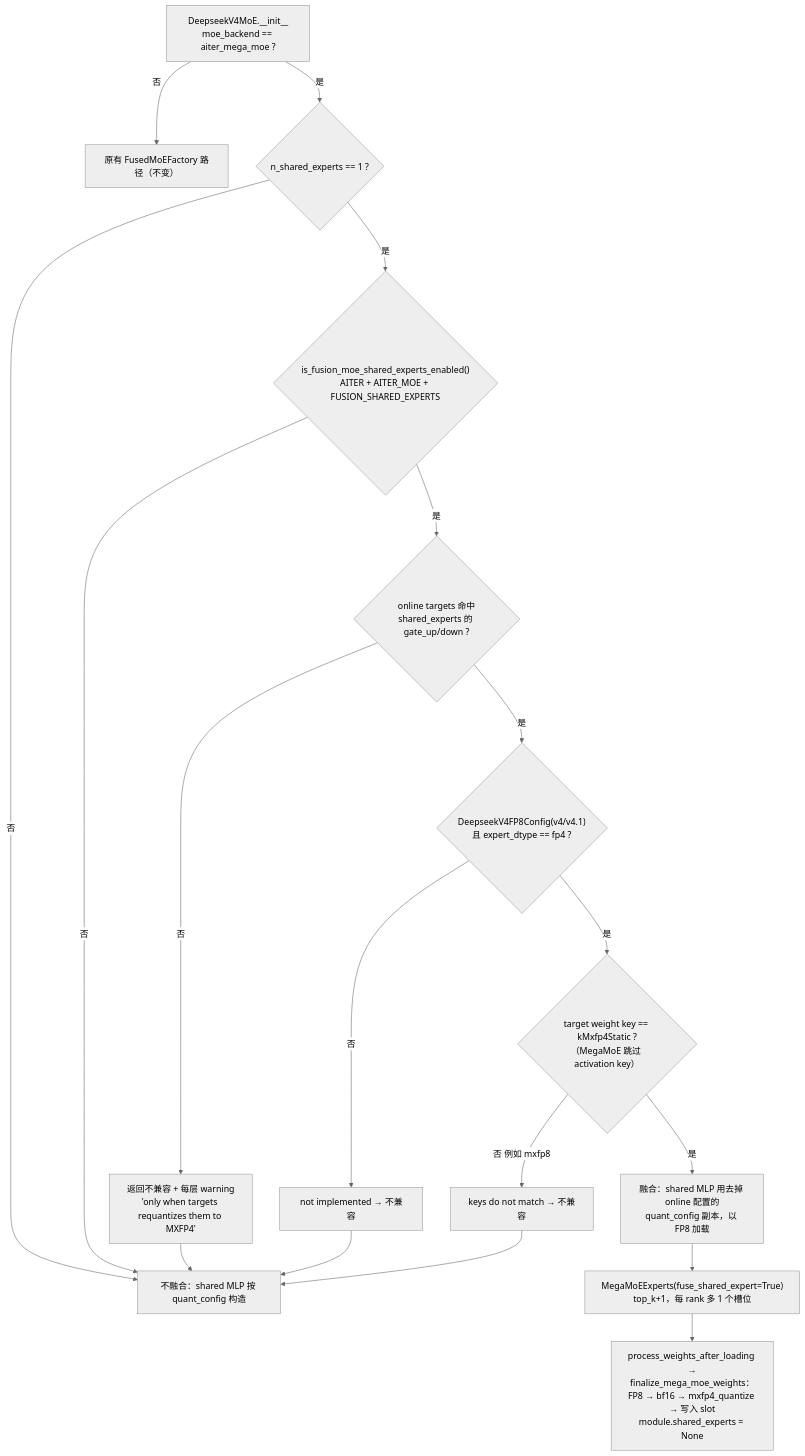
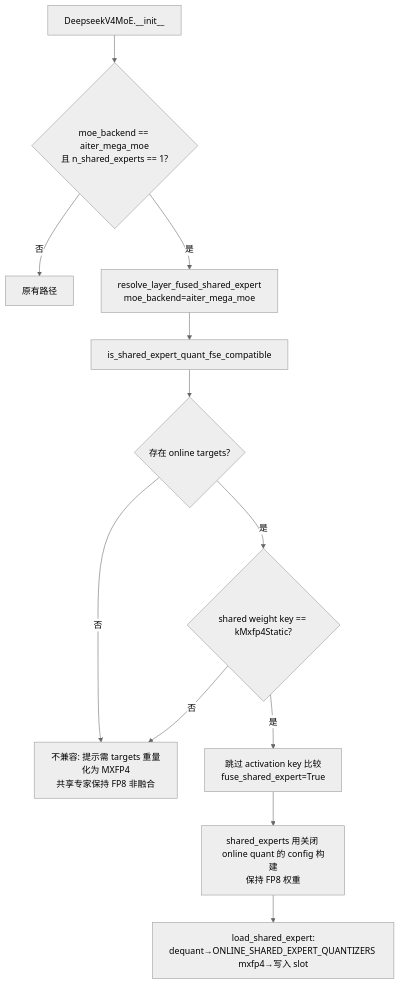
One commit to shen-shanshan/vllm-dev-skills changed the diagram in skills/vllm-rocm-pr-review/outputs/pr-61345-review.md. Above: the diagram before and after it, drawn with Mermaid (neutral theme). The commit also changed other lines of this file, not shown here.

````diff
--- a/skills/vllm-rocm-pr-review/outputs/pr-61345-review.md
+++ b/skills/vllm-rocm-pr-review/outputs/pr-61345-review.md
@@ -50,18 +39,14 @@
 ```mermaid
 flowchart TD
-    A["DeepseekV4MoE.__init__<br/>moe_backend == aiter_mega_moe ?"] -->|否| Z["原有 FusedMoEFactory 路径（不变）"]
-    A -->|是| B{"n_shared_experts == 1 ?"}
-    B -->|否| U["不融合：shared MLP 按 quant_config 构造"]
-    B -->|是| C{"is_fusion_moe_shared_experts_enabled()<br/>AITER + AITER_MOE + FUSION_SHARED_EXPERTS"}
-    C -->|否| U
-    C -->|是| D{"online targets 命中<br/>shared_experts 的 gate_up/down ?"}
-    D -->|否| W["返回不兼容 + 每层 warning<br/>'only when targets requantizes them to MXFP4'"]
-    W --> U
-    D -->|是| E{"DeepseekV4FP8Config(v4/v4.1)<br/>且 expert_dtype == fp4 ?"}
-    E -->|否| W2["not implemented → 不兼容"] --> U
-    E -->|是| F{"target weight key == kMxfp4Static ?<br/>（MegaMoE 跳过 activation key）"}
-    F -->|否 例如 mxfp8| W3["keys do not match → 不兼容"] --> U
-    F -->|是| G["融合：shared MLP 用去掉 online 配置的<br/>quant_config 副本，以 FP8 加载"]
-    G --> H["MegaMoEExperts(fuse_shared_expert=True)<br/>top_k+1，每 rank 多 1 个槽位"]
-    H --> I["process_weights_after_loading →<br/>finalize_mega_moe_weights：<br/>FP8 → bf16 → mxfp4_quantize → 写入 slot<br/>module.shared_experts = None"]
+    A[DeepseekV4MoE.__init__] --> B{moe_backend == aiter_mega_moe<br/>且 n_shared_experts == 1?}
+    B -- 否 --> Z[原有路径]
+    B -- 是 --> C[resolve_layer_fused_shared_expert<br/>moe_backend=aiter_mega_moe]
+    C --> D[is_shared_expert_quant_fse_compatible]
+    D --> E{存在 online targets?}
+    E -- 否 --> F[不兼容: 提示需 targets 重量化为 MXFP4<br/>共享专家保持 FP8 非融合]
+    E -- 是 --> G{shared weight key == kMxfp4Static?}
+    G -- 否 --> F
+    G -- 是 --> H[跳过 activation key 比较<br/>fuse_shared_expert=True]
+    H --> I[shared_experts 用关闭 online quant 的 config 构建<br/>保持 FP8 权重]
+    I --> J[load_shared_expert:<br/>dequant→ONLINE_SHARED_EXPERT_QUANTIZERS mxfp4→写入 slot]
 ```
````
